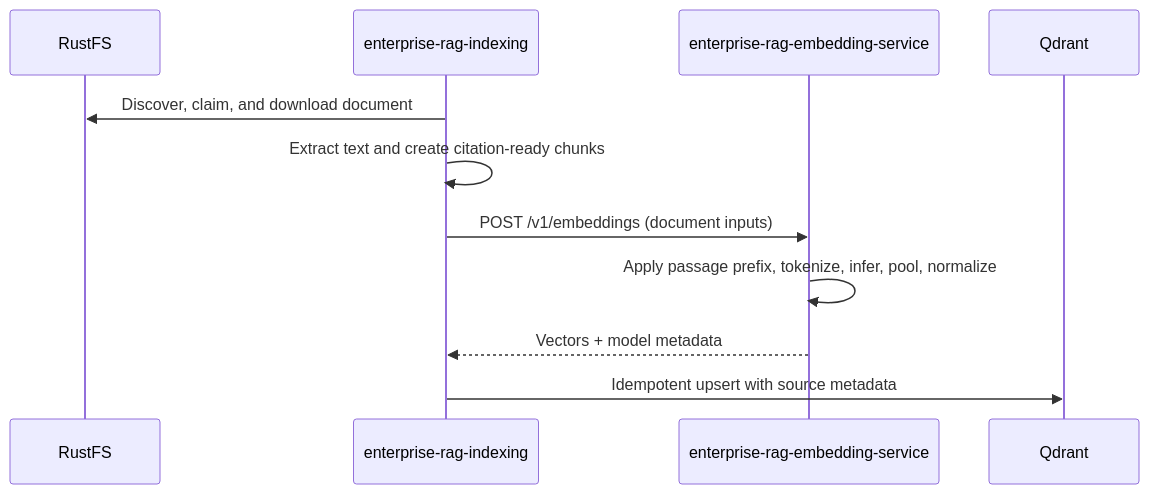
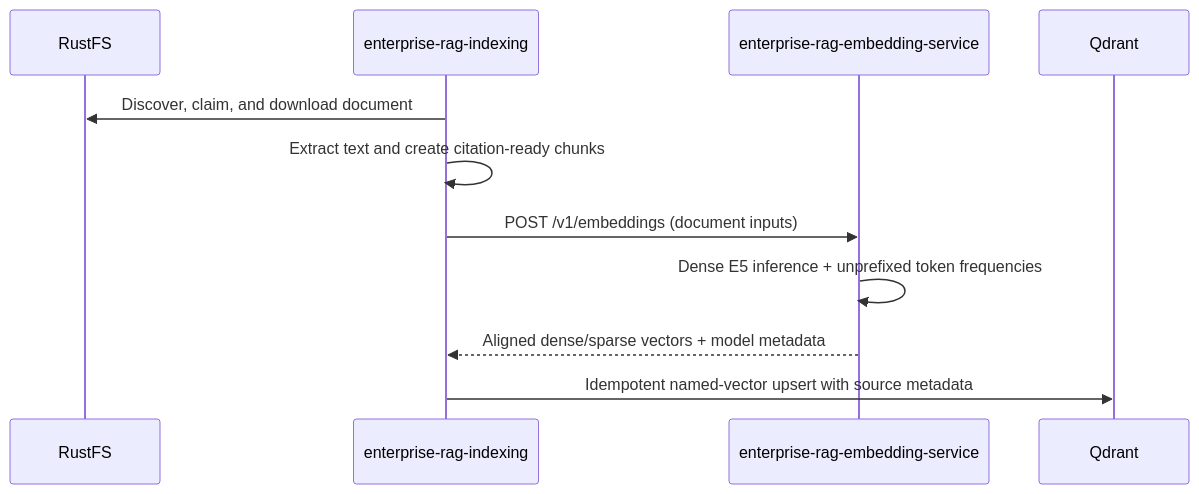
One commit to tolga-kabadurmus/enterprise-rag-embedding-service changed the second of 4 diagrams in README.md. Above: the diagram before and after it, drawn with Mermaid. The commit also changed other lines of this file and 12 other files, not shown here.

````diff
--- a/README.md
+++ b/README.md
@@ -62,14 +62,14 @@
 ```mermaid
 sequenceDiagram
     participant S as RustFS
     participant I as enterprise-rag-indexing
     participant E as enterprise-rag-embedding-service
     participant Q as Qdrant
 
     I->>S: Discover, claim, and download document
     I->>I: Extract text and create citation-ready chunks
     I->>E: POST /v1/embeddings (document inputs)
-    E->>E: Apply passage prefix, tokenize, infer, pool, normalize
-    E-->>I: Vectors + model metadata
-    I->>Q: Idempotent upsert with source metadata
+    E->>E: Dense E5 inference + unprefixed token frequencies
+    E-->>I: Aligned dense/sparse vectors + model metadata
+    I->>Q: Idempotent named-vector upsert with source metadata
 ```
````
